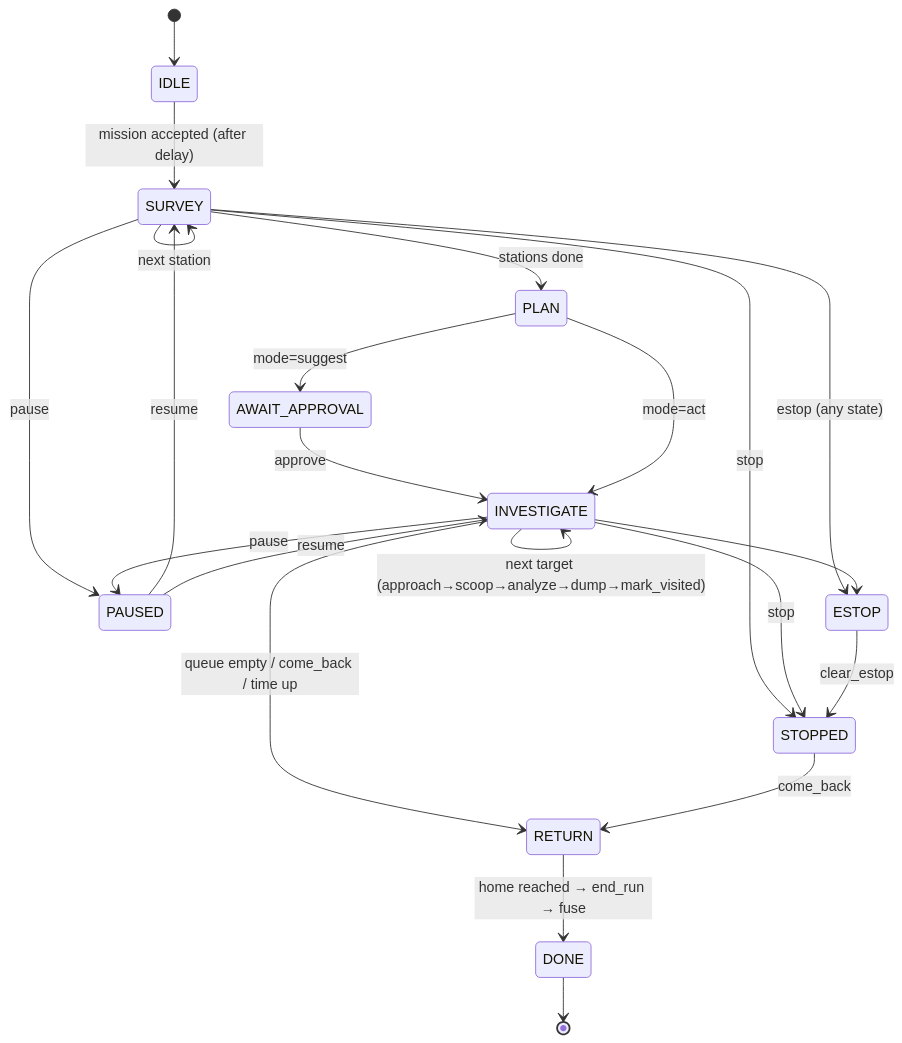
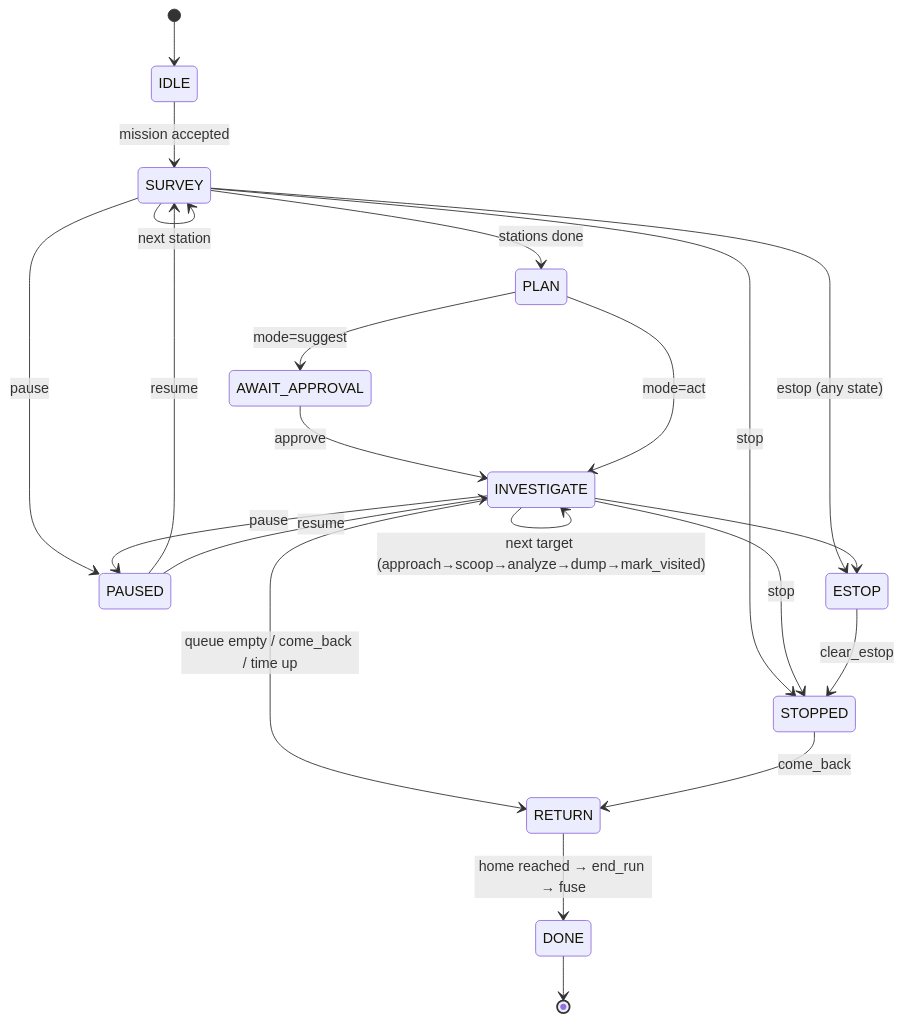
Before and after one commit to rohanb123/autonomous-rover: the diagram in docs/00-overview-and-contracts.md, drawn with Mermaid. The commit also changed other lines of this file and 25 other files, not shown here.

````diff
--- a/docs/00-overview-and-contracts.md
+++ b/docs/00-overview-and-contracts.md
@@ -376,25 +373,25 @@
 ```mermaid
 stateDiagram-v2
   [*] --> IDLE
-  IDLE --> SURVEY: mission accepted (after delay)
+  IDLE --> SURVEY: mission accepted
   SURVEY --> SURVEY: next station
   SURVEY --> PLAN: stations done
   PLAN --> AWAIT_APPROVAL: mode=suggest
   AWAIT_APPROVAL --> INVESTIGATE: approve
   PLAN --> INVESTIGATE: mode=act
   INVESTIGATE --> INVESTIGATE: next target (approach→scoop→analyze→dump→mark_visited)
   INVESTIGATE --> RETURN: queue empty / come_back / time up
   RETURN --> DONE: home reached → end_run → fuse
   SURVEY --> PAUSED: pause
   INVESTIGATE --> PAUSED: pause
   PAUSED --> SURVEY: resume
   PAUSED --> INVESTIGATE: resume
   SURVEY --> STOPPED: stop
   INVESTIGATE --> STOPPED: stop
   STOPPED --> RETURN: come_back
   state ESTOP
   SURVEY --> ESTOP: estop (any state)
   INVESTIGATE --> ESTOP
   ESTOP --> STOPPED: clear_estop
   DONE --> [*]
 ```
````
